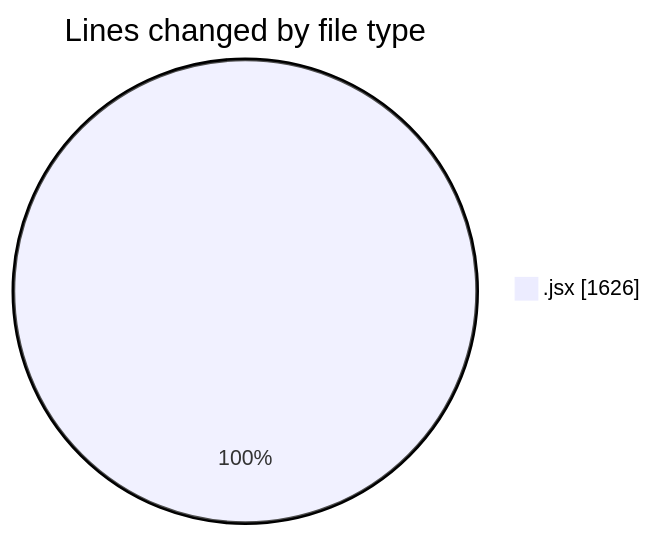
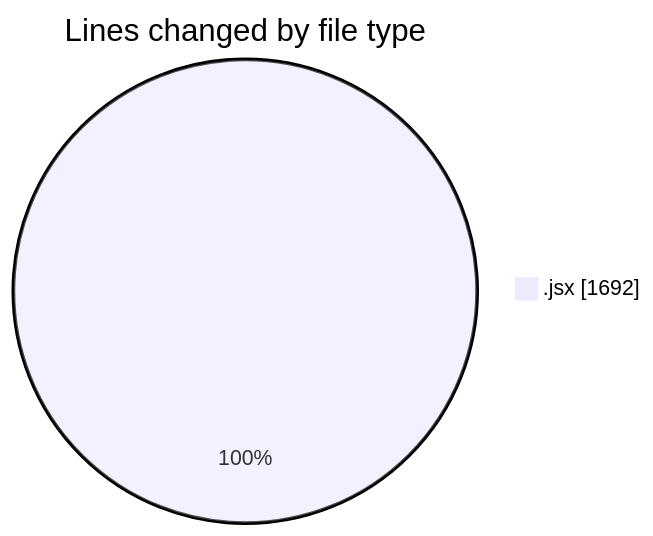
Before and after one commit to nxtqubesakshisongat/code-tracking: the first of 2 diagrams in 2025-08-22/nxtqube_webapp/README.md, drawn with Mermaid. The commit also changed other lines of this file and 1 other file, not shown here.

````diff
--- a/2025-08-22/nxtqube_webapp/README.md
+++ b/2025-08-22/nxtqube_webapp/README.md
@@ -20,5 +20,5 @@
 ```mermaid
 pie showData
 title Lines changed by file type
-".jsx" : 1626
+".jsx" : 1692
 ```
````
